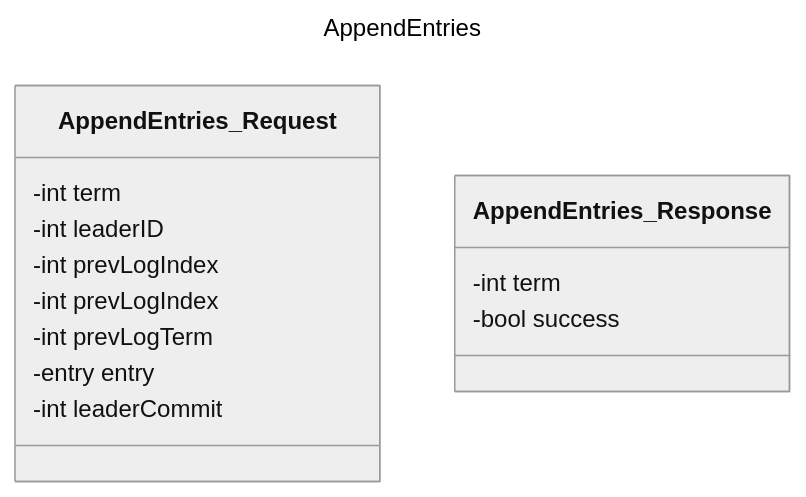
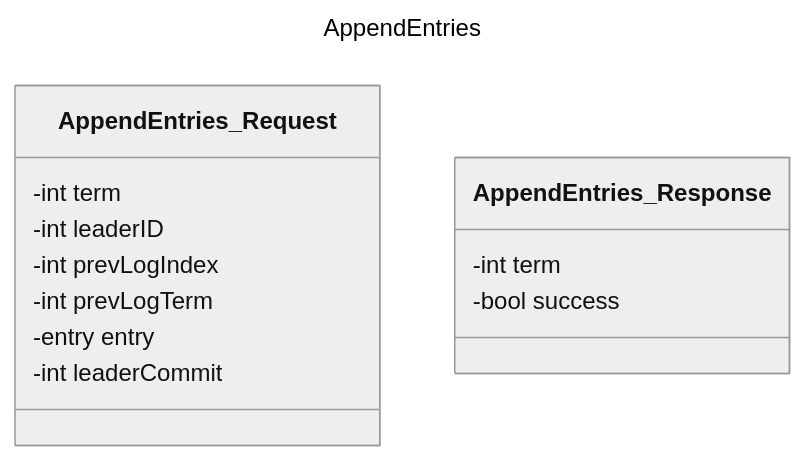
One commit to OpenCyphal-Garage/cyraft changed the third of 3 diagrams in README.md. Above: the diagram before and after it, drawn with Mermaid (neutral theme). The commit also changed 5 other files, not shown here.

````diff
--- a/README.md
+++ b/README.md
@@ -109,21 +109,20 @@
 ```mermaid
 ---
 title: AppendEntries
 ---
 classDiagram
     class AppendEntries_Request{
         -int term
         -int leaderID
-        -int prevLogIndex
         -int prevLogIndex
         -int prevLogTerm
         -entry entry
         -int leaderCommit
     }
 
     class AppendEntries_Response{
         -int term
         -bool success
 
     }
 ```
````
